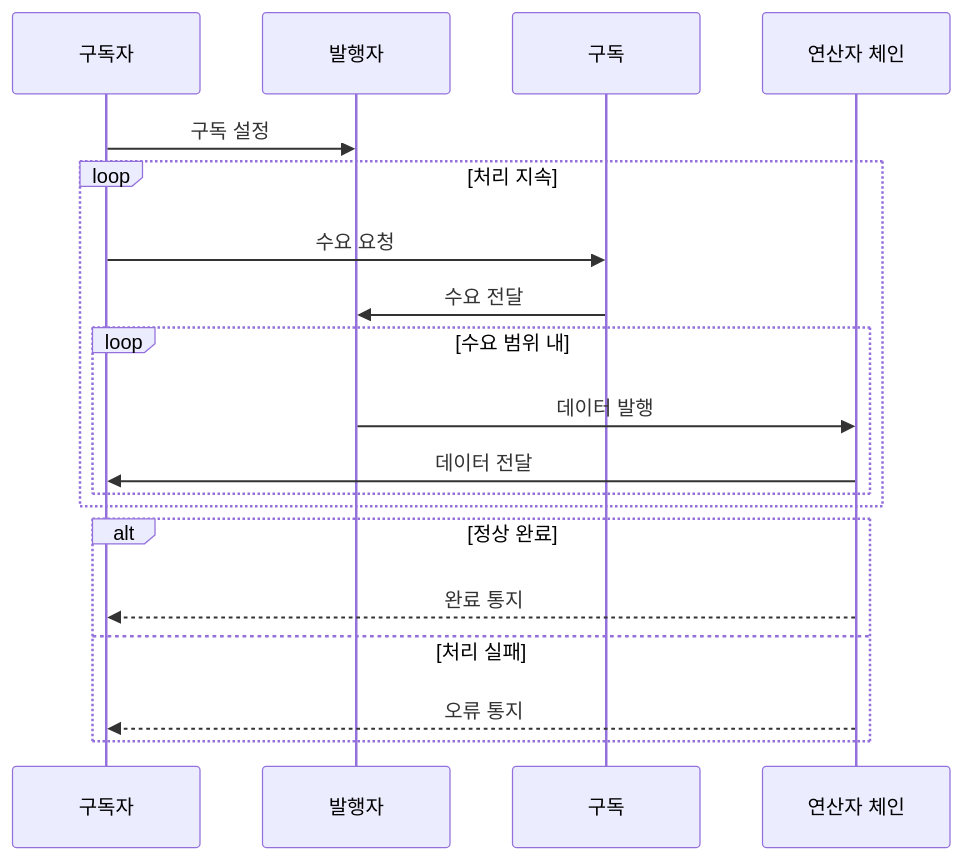
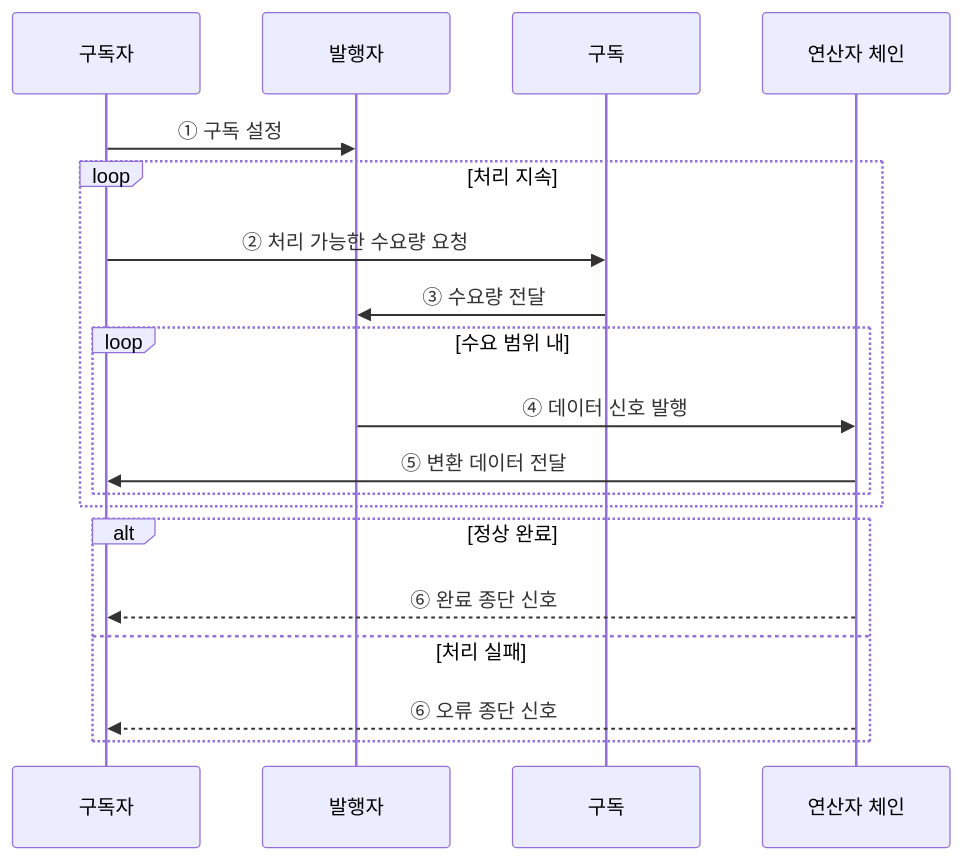
The second of 2 diagrams in src/content/docs/notes/03-software/027_reactive_programming.md (agnusdei1207/knowledge-base), drawn with Mermaid before and after one commit. The commit also changed other lines of this file and 20 other files, not shown here.

````diff
--- a/src/content/docs/notes/03-software/027_reactive_programming.md
+++ b/src/content/docs/notes/03-software/027_reactive_programming.md
@@ -96,21 +89,21 @@
 ```mermaid
 sequenceDiagram
     participant C as 구독자
     participant P as 발행자
     participant U as 구독
     participant O as 연산자 체인
-    C->>P: 구독 설정
+    C->>P: ① 구독 설정
     loop 처리 지속
-        C->>U: 수요 요청
-        U->>P: 수요 전달
+        C->>U: ② 처리 가능한 수요량 요청
+        U->>P: ③ 수요량 전달
         loop 수요 범위 내
-            P->>O: 데이터 발행
-            O->>C: 데이터 전달
+            P->>O: ④ 데이터 신호 발행
+            O->>C: ⑤ 변환 데이터 전달
         end
     end
     alt 정상 완료
-        O-->>C: 완료 통지
+        O-->>C: ⑥ 완료 종단 신호
     else 처리 실패
-        O-->>C: 오류 통지
+        O-->>C: ⑥ 오류 종단 신호
     end
 ```
````
